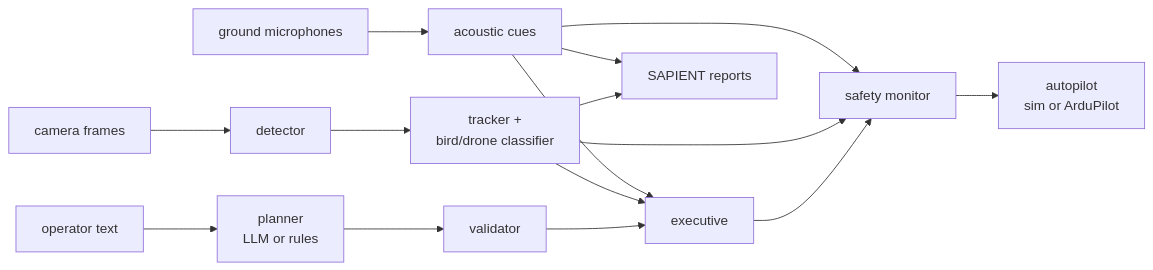
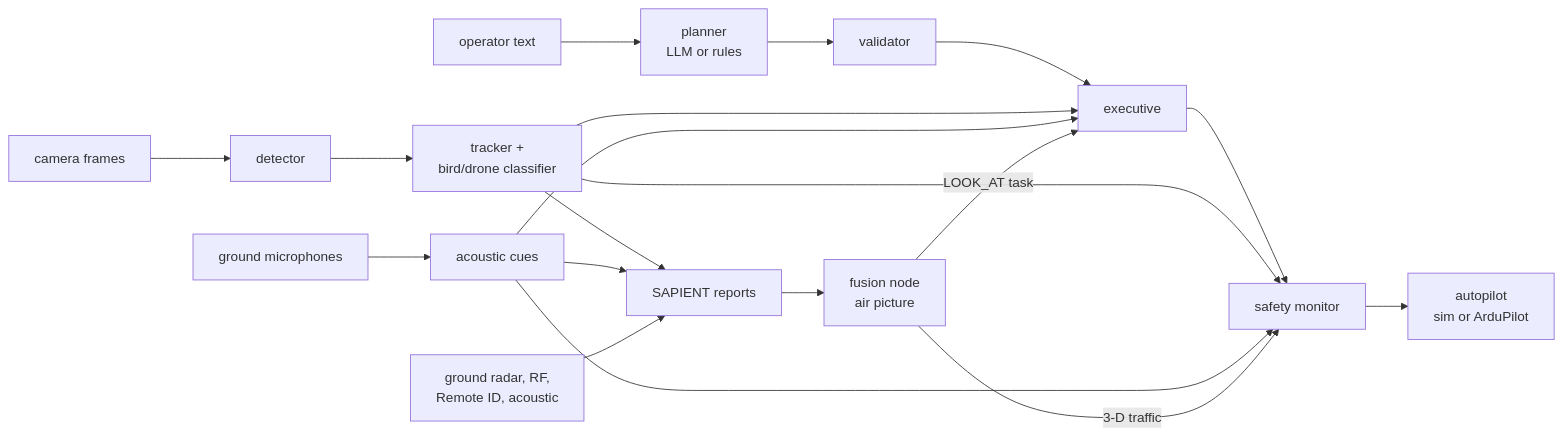
Before and after one commit to mustafarkhan/kestrel: the diagram in README.md, drawn with Mermaid. The commit also changed other lines of this file and 6 other files, not shown here.

Commit message:
Air picture: bird false alarms over all bird-time; README v0.4 text; video slide shows p90 and separation

````diff
--- a/README.md
+++ b/README.md
@@ -183,11 +203,14 @@
 ```mermaid
 flowchart LR
     T[operator text] --> P[planner<br/>LLM or rules] --> V[validator] --> EX[executive]
     CAM[camera frames] --> D[detector] --> K[tracker +<br/>bird/drone classifier] --> EX
     MIC[ground microphones] --> Q[acoustic cues] --> EX
     EX --> S[safety monitor] --> AP[autopilot<br/>sim or ArduPilot]
     K --> S
     Q --> S
     K --> SAP[SAPIENT reports]
     Q --> SAP
+    GS[ground radar, RF,<br/>Remote ID, acoustic] --> SAP
+    SAP --> FN[fusion node<br/>air picture] -->|LOOK_AT task| EX
+    FN -->|3-D traffic| S
 ```
````
